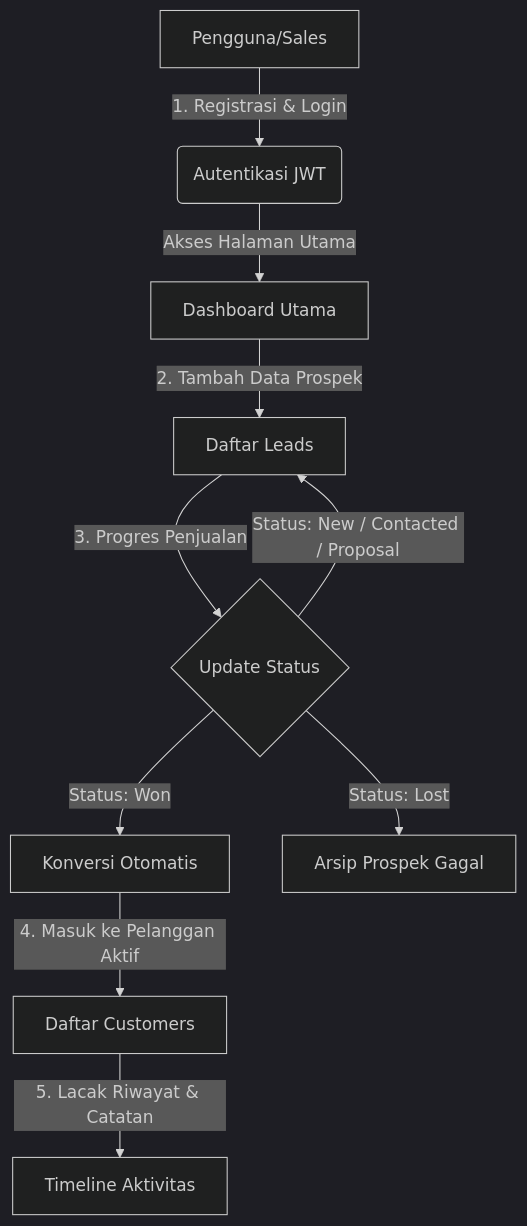
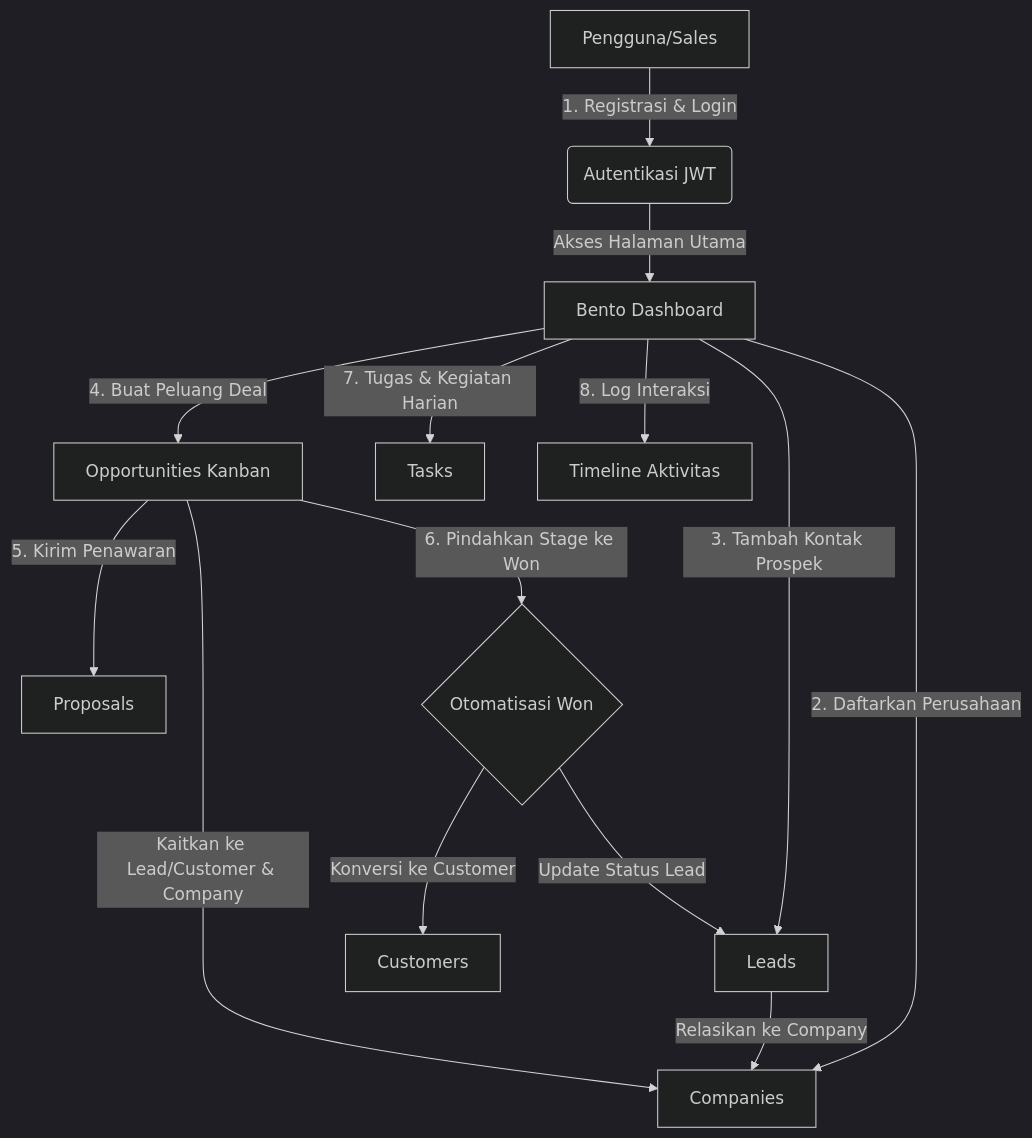
One commit to farrellrhizn/relatio-crm changed the diagram in README.md. Above: the diagram before and after it, drawn with Mermaid (dark theme). The commit also changed other lines of this file, not shown here.

Commit message:
feat: add companies, tasks, opportunities, proposals, and server-side pagination

````diff
--- a/README.md
+++ b/README.md
@@ -22,12 +23,16 @@
 ```mermaid
 graph TD
     A[Pengguna/Sales] -->|1. Registrasi & Login| B(Autentikasi JWT)
-    B -->|Akses Halaman Utama| C[Dashboard Utama]
-    C -->|2. Tambah Data Prospek| D[Daftar Leads]
-    D -->|3. Progres Penjualan| E{Update Status}
-    E -->|Status: New / Contacted / Proposal| D
-    E -->|Status: Won| F[Konversi Otomatis]
-    F -->|4. Masuk ke Pelanggan Aktif| G[Daftar Customers]
-    G -->|5. Lacak Riwayat & Catatan| H[Timeline Aktivitas]
-    E -->|Status: Lost| I[Arsip Prospek Gagal]
+    B -->|Akses Halaman Utama| C[Bento Dashboard]
+    C -->|2. Daftarkan Perusahaan| D[Companies]
+    C -->|3. Tambah Kontak Prospek| E[Leads]
+    E -->|Relasikan ke Company| D
+    C -->|4. Buat Peluang Deal| F[Opportunities Kanban]
+    F -->|Kaitkan ke Lead/Customer & Company| D
+    F -->|5. Kirim Penawaran| G[Proposals]
+    F -->|6. Pindahkan Stage ke Won| H{Otomatisasi Won}
+    H -->|Update Status Lead| E
+    H -->|Konversi ke Customer| I[Customers]
+    C -->|7. Tugas & Kegiatan Harian| J[Tasks]
+    C -->|8. Log Interaksi| K[Timeline Aktivitas]
 ```
````
